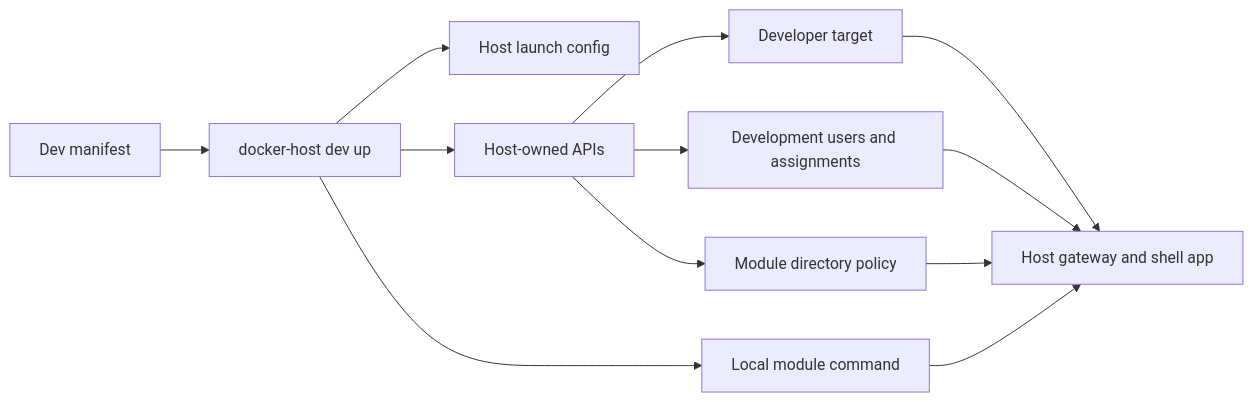
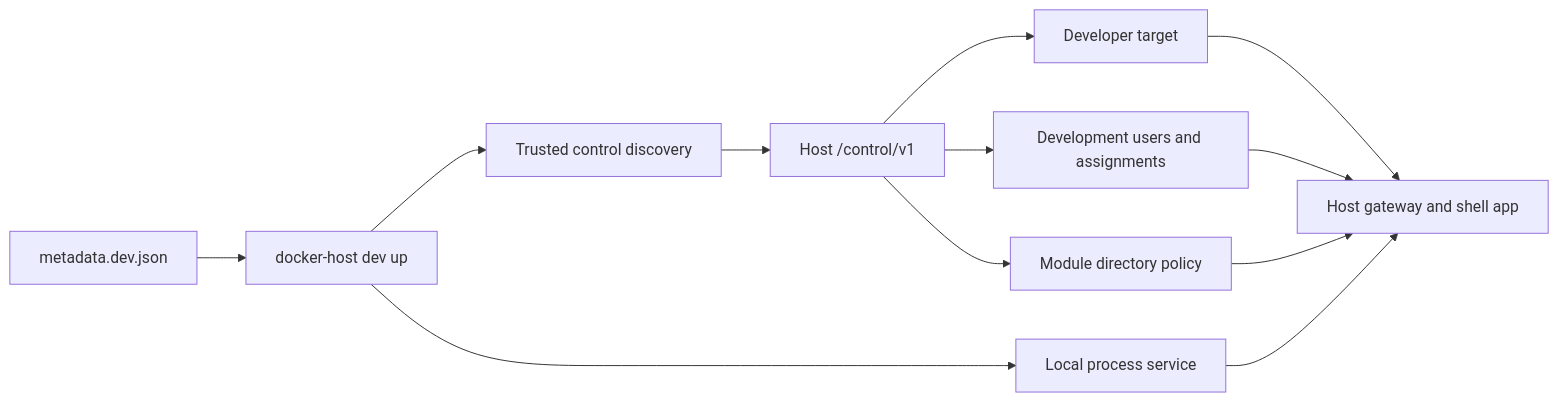
The diagram in docs/features/module-development-harness.md (alex-de-haas/docker-host), drawn with Mermaid before and after one commit. The commit also changed other lines of this file and 86 other files, not shown here.

````diff
--- a/docs/features/module-development-harness.md
+++ b/docs/features/module-development-harness.md
@@ -5,14 +5,14 @@
 ```mermaid
 flowchart LR
-  A["Dev manifest"] --> B["docker-host dev up"]
-  B --> C["Host launch config"]
-  B --> D["Host-owned APIs"]
+  A["metadata.dev.json"] --> B["docker-host dev up"]
+  B --> C["Trusted control discovery"]
+  C --> D["Host /control/v1"]
   D --> E["Developer target"]
   D --> F["Development users and assignments"]
   D --> G["Module directory policy"]
-  B --> H["Local module command"]
+  B --> H["Local process service"]
   E --> I["Host gateway and shell app"]
   F --> I
   G --> I
   H --> I
 ```
````
